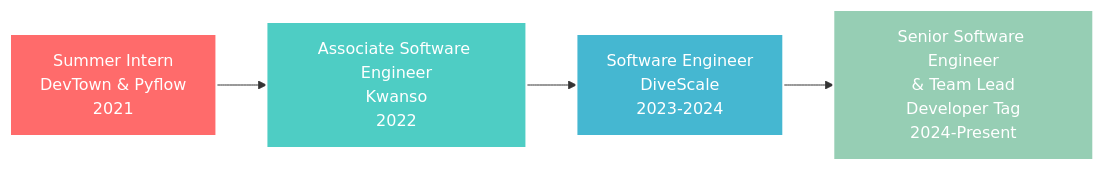
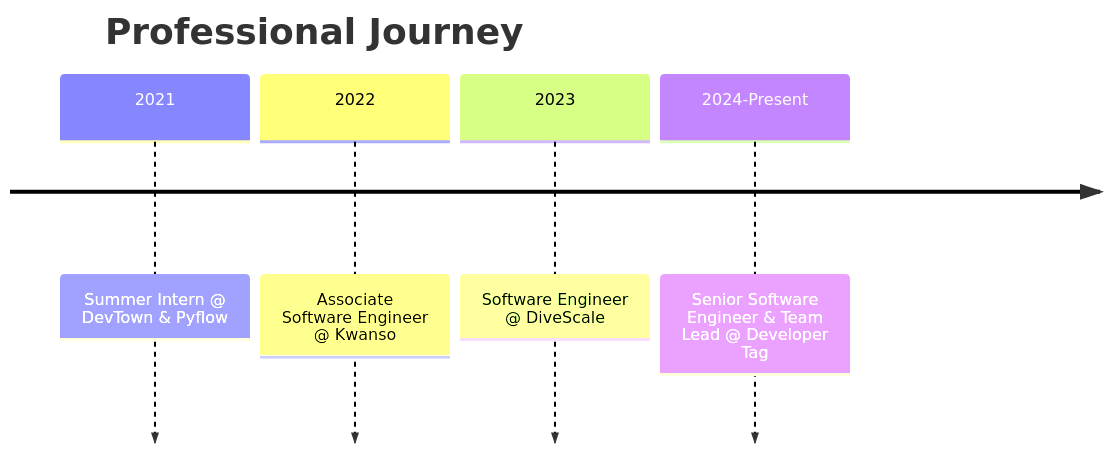
One commit to connect2abdulaziz/connect2abdulaziz changed the diagram in README.md. Above: the diagram before and after it, drawn with Mermaid. The commit also changed other lines of this file, not shown here.

`````diff
--- a/README.md
+++ b/README.md
@@ -68,11 +84,8 @@
 ```mermaid
-graph LR
-    A[Summer Intern<br/>DevTown & Pyflow<br/>2021] --> B[Associate Software Engineer<br/>Kwanso<br/>2022]
-    B --> C[Software Engineer<br/>DiveScale<br/>2023-2024]
-    C --> D[Senior Software Engineer<br/>& Team Lead<br/>Developer Tag<br/>2024-Present]
-    
-    style A fill:#ff6b6b,stroke:#fff,stroke-width:2px,color:#fff
-    style B fill:#4ecdc4,stroke:#fff,stroke-width:2px,color:#fff
-    style C fill:#45b7d1,stroke:#fff,stroke-width:2px,color:#fff
-    style D fill:#96ceb4,stroke:#fff,stroke-width:2px,color:#fff
-```
+timeline
+    title Professional Journey
+    2021 : Summer Intern @ DevTown & Pyflow
+    2022 : Associate Software Engineer @ Kwanso
+    2023 : Software Engineer @ DiveScale
+    2024-Present : Senior Software Engineer & Team Lead @ Developer Tag
+````
`````
